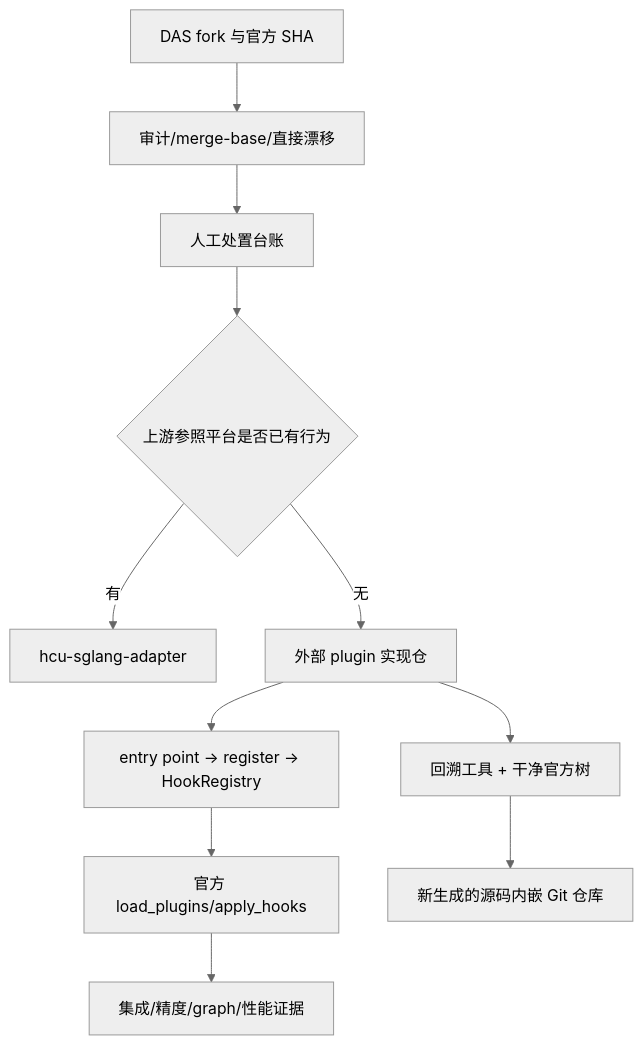
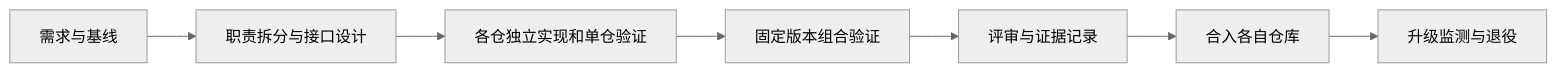
Before and after one commit to Sherlolo/hcu-sglang-plugin: the third of 3 diagrams in docs/architecture.md, drawn with Mermaid (neutral theme). The commit also changed other lines of this file and 29 other files, not shown here.

````diff
--- a/docs/architecture.md
+++ b/docs/architecture.md
@@ -3,13 +146,9 @@
 ```mermaid
-flowchart TD
-  A[DAS fork 与官方 SHA] --> B[审计/merge-base/直接漂移]
-  B --> C[人工处置台账]
-  C --> D{上游参照平台是否已有行为}
-  D -->|有| E[hcu-sglang-adapter]
-  D -->|无| F[外部 plugin 实现仓]
-  F --> G[entry point → register → HookRegistry]
-  G --> H[官方 load_plugins/apply_hooks]
-  H --> I[集成/精度/graph/性能证据]
-  F --> J[回溯工具 + 干净官方树]
-  J --> K[新生成的源码内嵌 Git 仓库]
+flowchart LR
+    R[需求与基线] --> D[职责拆分与接口设计]
+    D --> I[各仓独立实现和单仓验证]
+    I --> C[固定版本组合验证]
+    C --> E[评审与证据记录]
+    E --> M[合入各自仓库]
+    M --> U[升级监测与退役]
 ```
````
